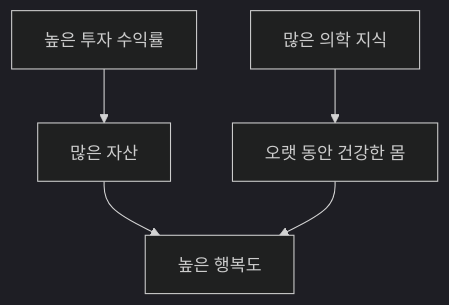
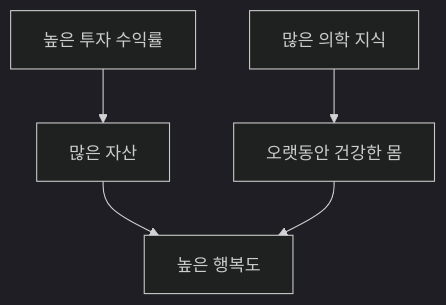
One commit to hyunjunian/hyunjunian changed the diagram in 인생목표.md. Above: the diagram before and after it, drawn with Mermaid (dark theme).

````diff
--- a/인생목표.md
+++ b/인생목표.md
@@ -3,7 +3,7 @@
 ```mermaid
 graph TD;
     2[많은 자산] --> 1[높은 행복도];
-    3[오랫 동안 건강한 몸] --> 1;
+    3[오랫동안 건강한 몸] --> 1;
     4[높은 투자 수익률] --> 2;
     5[많은 의학 지식] --> 3;
 ```
````
